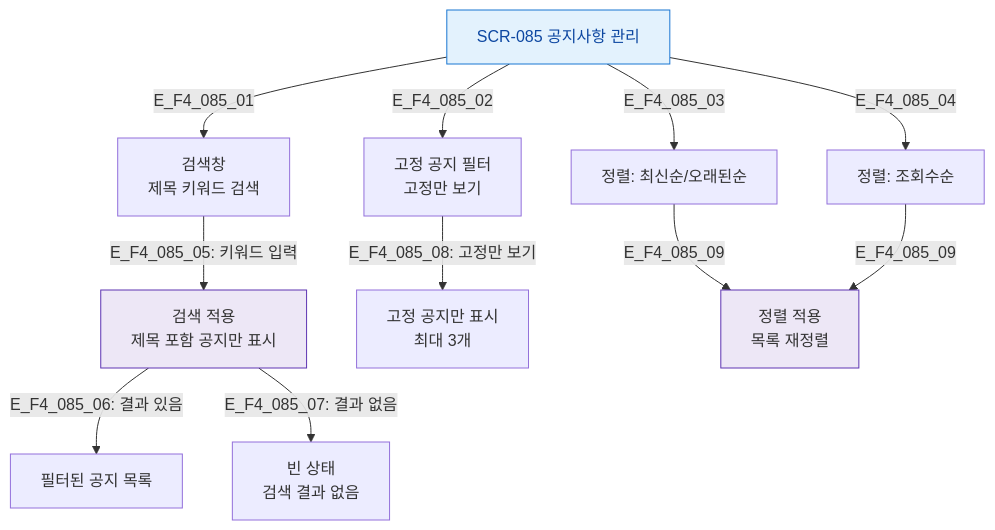
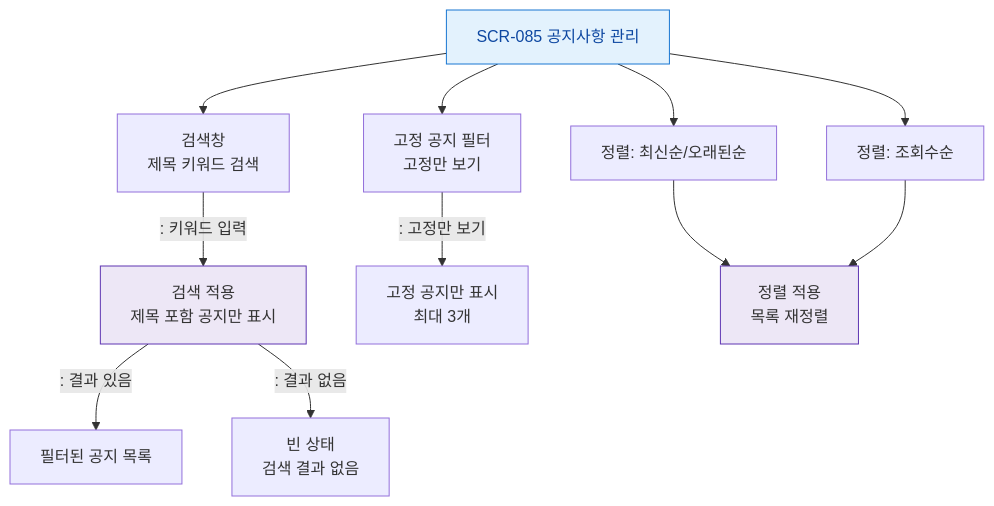
The diagram in docs/다이어그램/D09_설정관리/SCR-085_공지사항관리/F4_필터검색정렬.md (dev-spogym/admin-pando), drawn with Mermaid before and after one commit. The commit also changed other lines of this file and 1660 other files, not shown here.

First line of the commit message:
다이어그램: 기획자/클라이언트 납품본으로 정리

````diff
--- a/docs/다이어그램/D09_설정관리/SCR-085_공지사항관리/F4_필터검색정렬.md
+++ b/docs/다이어그램/D09_설정관리/SCR-085_공지사항관리/F4_필터검색정렬.md
@@ -14,22 +12,22 @@
 ```mermaid
 flowchart TD
     SCR085[SCR-085 공지사항 관리]
 
-    SCR085 -->|E_F4_085_01| SearchBar[검색창\n제목 키워드 검색]
-    SCR085 -->|E_F4_085_02| PinFilter[고정 공지 필터\n고정만 보기]
-    SCR085 -->|E_F4_085_03| SortDate[정렬: 최신순/오래된순]
-    SCR085 -->|E_F4_085_04| SortView[정렬: 조회수순]
+    SCR085 --> SearchBar[검색창\n제목 키워드 검색]
+    SCR085 --> PinFilter[고정 공지 필터\n고정만 보기]
+    SCR085 --> SortDate[정렬: 최신순/오래된순]
+    SCR085 --> SortView[정렬: 조회수순]
 
-    SearchBar -->|"E_F4_085_05: 키워드 입력"| SearchApply[검색 적용\n제목 포함 공지만 표시]
-    SearchApply -->|"E_F4_085_06: 결과 있음"| ResultList[필터된 공지 목록]
-    SearchApply -->|"E_F4_085_07: 결과 없음"| EmptySearch[빈 상태\n검색 결과 없음]
+    SearchBar -->|": 키워드 입력"|SearchApply[검색 적용\n제목 포함 공지만 표시]
+    SearchApply -->|": 결과 있음"|ResultList[필터된 공지 목록]
+    SearchApply -->|": 결과 없음"|EmptySearch[빈 상태\n검색 결과 없음]
 
-    PinFilter -->|"E_F4_085_08: 고정만 보기"| PinnedList[고정 공지만 표시\n최대 3개]
+    PinFilter -->|": 고정만 보기"|PinnedList[고정 공지만 표시\n최대 3개]
 
-    SortDate & SortView -->|E_F4_085_09| SortApply[정렬 적용\n목록 재정렬]
+    SortDate & SortView --> SortApply[정렬 적용\n목록 재정렬]
 
     classDef screen fill:#E3F2FD,stroke:#1976D2,color:#0D47A1
     classDef system fill:#EDE7F6,stroke:#5E35B2
     class SCR085 screen
     class SearchApply,SortApply system
 ```
````
